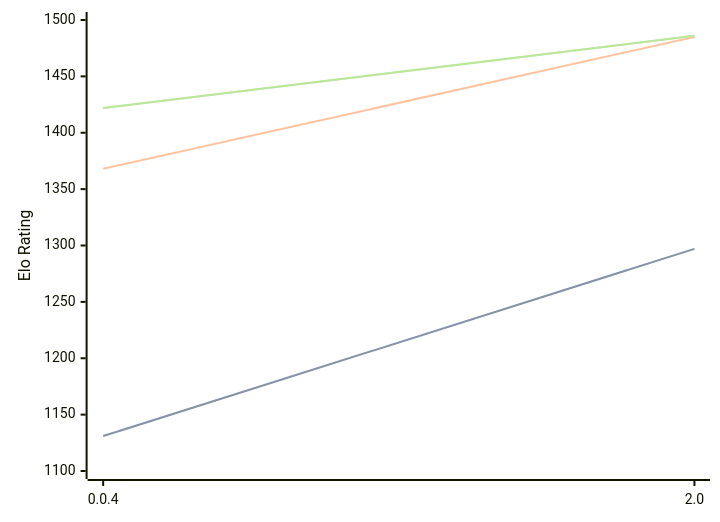
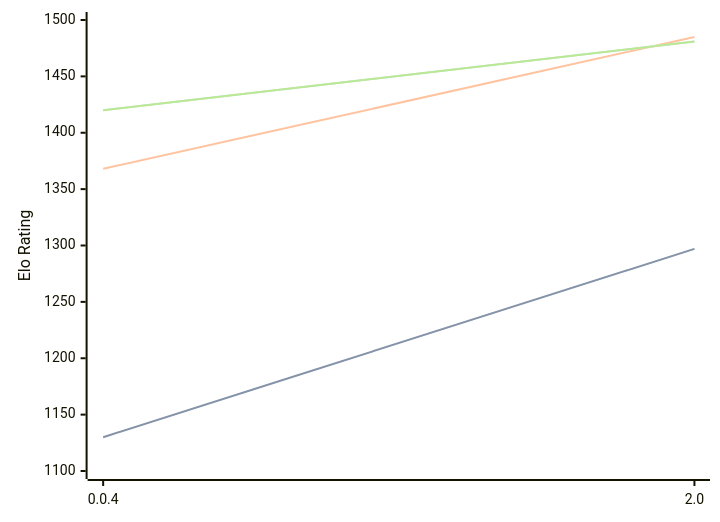
One commit to computer-chess-index/cci changed the diagram in engines/Oops!Mate.md. Above: the diagram before and after it, drawn with Mermaid. The commit also changed other lines of this file, not shown here.

Commit message:
Update CCI Ratings (ELO VLTC) - 2026-05-07

````diff
--- a/engines/Oops!Mate.md
+++ b/engines/Oops!Mate.md
@@ -51,11 +51,11 @@
 ```mermaid
 %%{init: {"theme":"base","themeVariables":{"seriesColors:['#a3a3a3','#222221','#faa371']}}}%%
 xychart-beta
   x-axis ["0.0.4", "2.0"]
   y-axis "Elo Rating" 1100 --> 1500
-  line "STC (8.0+0.08s)" [1131, 1297]
-  line "STC (8.0+0.08s)" [1131, 1297]
+  line "STC (8.0+0.08s)" [1130, 1297]
+  line "STC (8.0+0.08s)" [1130, 1297]
   line "LTC (60.0+0.60s)" [1368, 1485]
-  line "VLTC (2m24s+1.12s)" [1422, 1486]
-  line "VLTC (2m24s+1.12s)" [1422, 1486]
+  line "VLTC (2m24s+1.12s)" [1420, 1481]
+  line "VLTC (2m24s+1.12s)" [1420, 1481]
 ```
````
